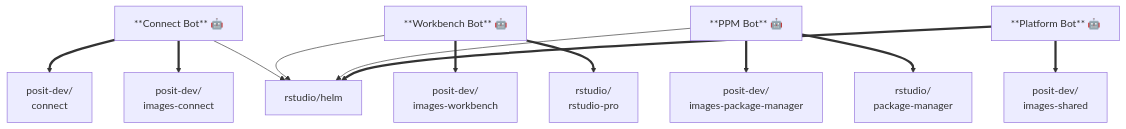
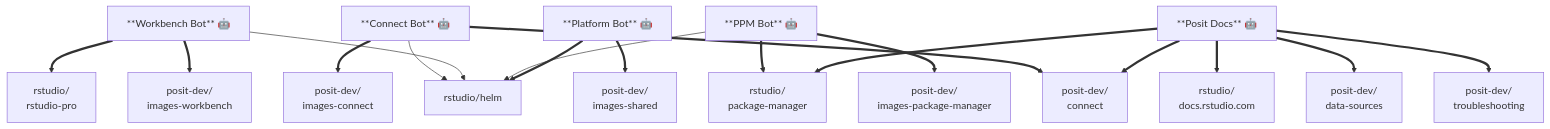
The first of 6 diagrams in pulumi/github/github-apps/README.md (posit-dev/images-shared), drawn with Mermaid before and after one commit. The commit also changed other lines of this file and 4 other files, not shown here.

````diff
--- a/pulumi/github/github-apps/README.md
+++ b/pulumi/github/github-apps/README.md
@@ -36,22 +37,29 @@
 ```mermaid
 graph TD
     CB["**Connect Bot** 🤖"]
     WB["**Workbench Bot** 🤖"]
     PB["**PPM Bot** 🤖"]
     PLB["**Platform Bot** 🤖"]
 
     CB ==> PCT["posit-dev/<br/>connect"]
     CB ==> IC["posit-dev/<br/>images-connect"]
     CB --> HELM["rstudio/helm"]
 
     WB ==> IW["posit-dev/<br/>images-workbench"]
     WB ==> RSP["rstudio/<br/>rstudio-pro"]
     WB --> HELM
 
     PB ==> IP["posit-dev/<br/>images-package-manager"]
     PB ==> PPM["rstudio/<br/>package-manager"]
     PB --> HELM
 
     PLB ==> IS["posit-dev/<br/>images-shared"]
     PLB ==> HELM
+
+    PD["**Posit Docs** 🤖"]
+    PD ==> PCT
+    PD ==> TS["posit-dev/<br/>troubleshooting"]
+    PD ==> DS["posit-dev/<br/>data-sources"]
+    PD ==> DOCS["rstudio/<br/>docs.rstudio.com"]
+    PD ==> PPM
 ```
````
